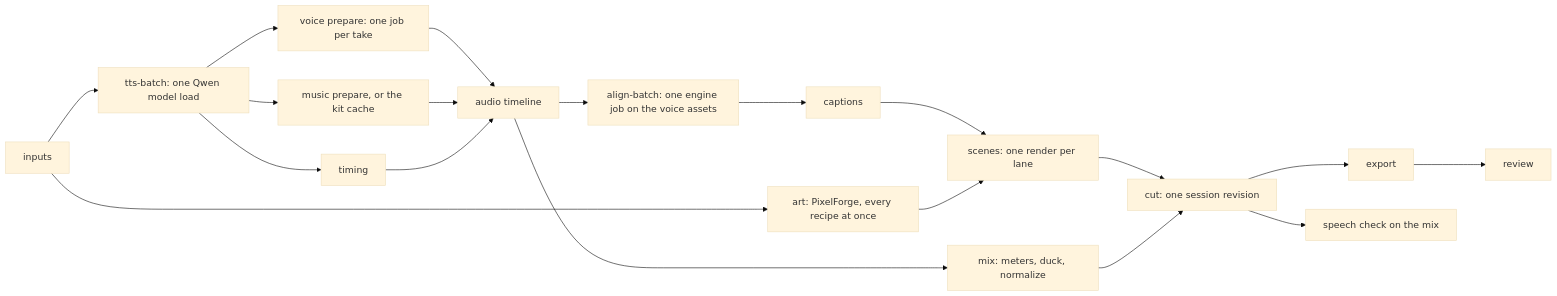
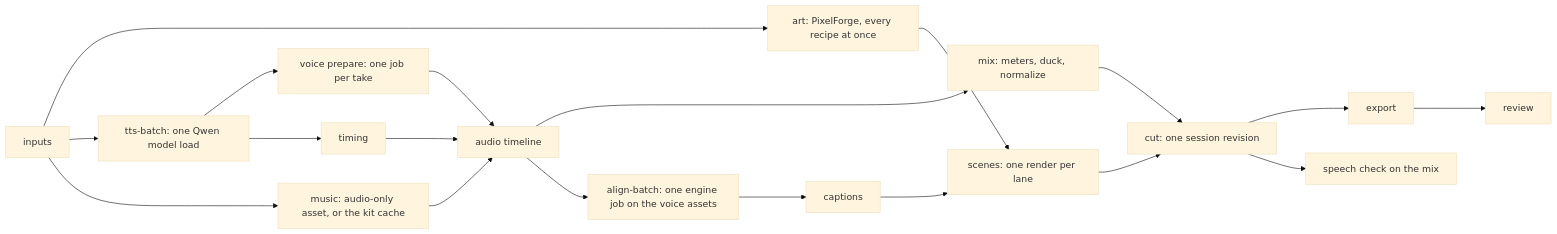
One commit to skulitom/Cutbolt changed the diagram in docs/PRODUCTION.md. Above: the diagram before and after it, drawn with Mermaid (base theme). The commit also changed other lines of this file and 20 other files, not shown here.

First line of the commit message:
Prepare voice-overs and music as audio-only WAV assets, with no picture

````diff
--- a/docs/PRODUCTION.md
+++ b/docs/PRODUCTION.md
@@ -129,21 +129,21 @@
 ```mermaid
 flowchart LR
     I[inputs] --> A[art: PixelForge, every recipe at once]
     I --> T[tts-batch: one Qwen model load]
-    T --> M[music prepare, or the kit cache]
+    I --> M[music: audio-only asset, or the kit cache]
     T --> V[voice prepare: one job per take]
     T --> TM[timing]
     V --> AU[audio timeline]
     M --> AU
     TM --> AU
     AU --> X[mix: meters, duck, normalize]
     AU --> L[align-batch: one engine job on the voice assets]
     L --> C[captions]
     C --> S[scenes: one render per lane]
     A --> S
     S --> CUT[cut: one session revision]
     X --> CUT
     CUT --> E[export]
     CUT --> SP[speech check on the mix]
     E --> R[review]
 ```
````
